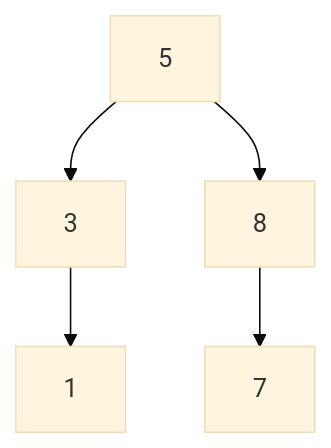
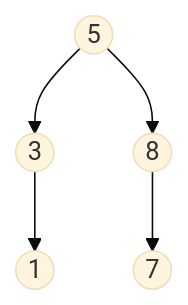
Before and after one commit to 3strategy/BeautifulMivney: the first of 11 diagrams in cst/6binnode/Ex6a3binnode.md, drawn with Mermaid (base theme). The commit also changed other lines of this file and 3 other files, not shown here.

````diff
--- a/cst/6binnode/Ex6a3binnode.md
+++ b/cst/6binnode/Ex6a3binnode.md
@@ -29,7 +29,7 @@
     ```mermaid
     flowchart TB
-      A[5] --> B[3]
-      A --> C[8]
-      B --> D[1]:::leaf
-      C --> E[7]:::leaf
+      A((5)) --> B((3))
+      A --> C((8))
+      B --> D((1)):::leaf
+      C --> E((7)):::leaf
     ```
````
